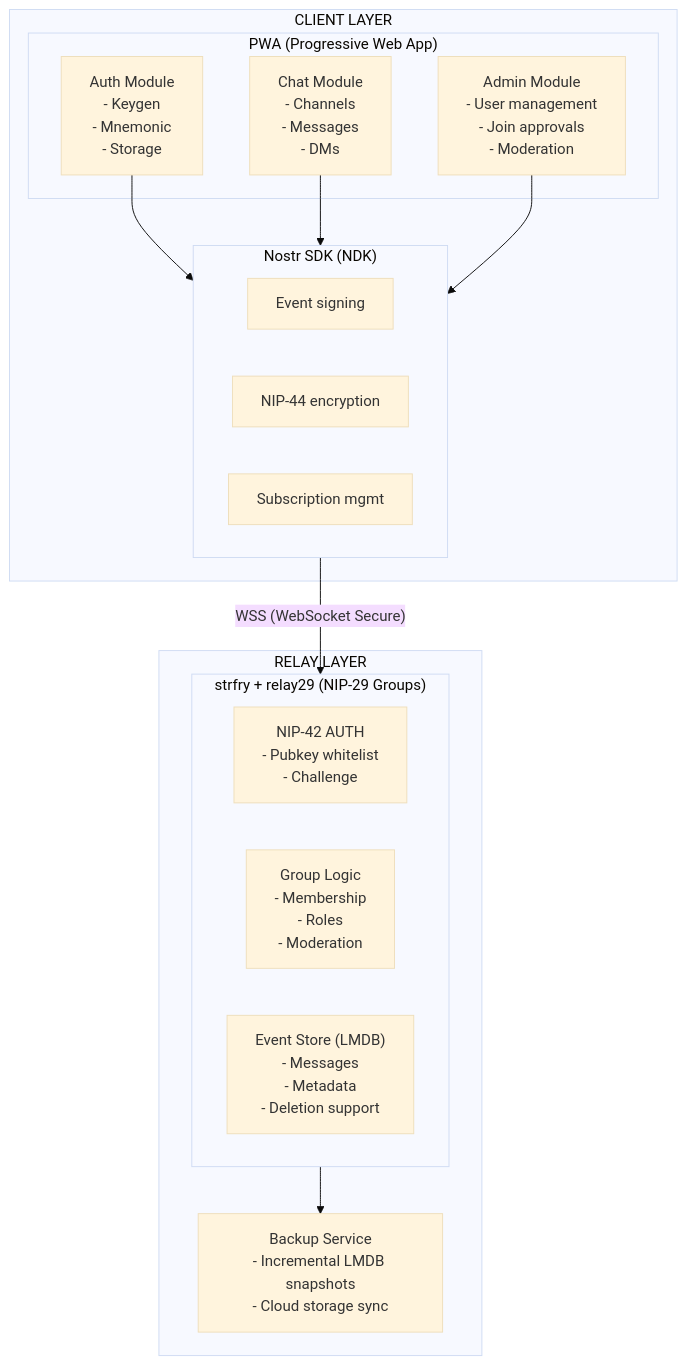
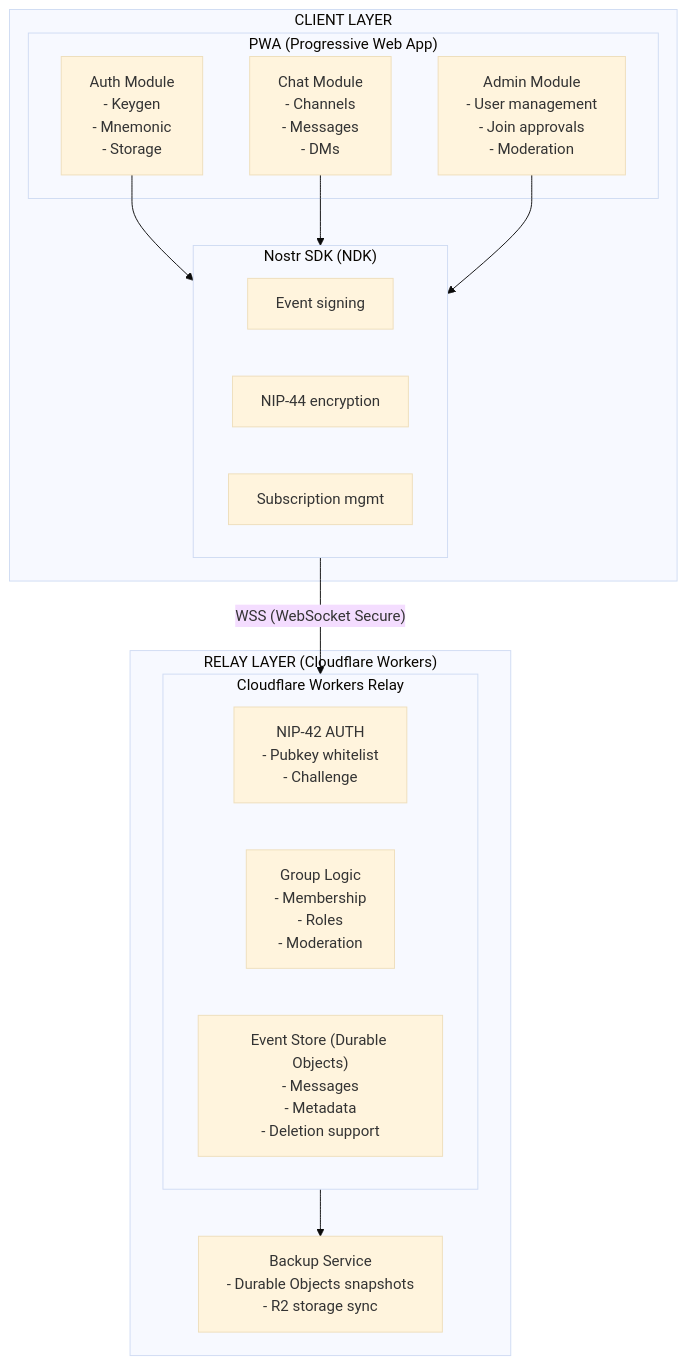
The first of 10 diagrams in docs/sparc/02-architecture.md (jjohare/minimoonoir), drawn with Mermaid (base theme) before and after one commit. The commit also changed other lines of this file and 27 other files, not shown here.

First line of the commit message:
chore: deprecate Docker architecture, update docs for serverless

````diff
--- a/docs/sparc/02-architecture.md
+++ b/docs/sparc/02-architecture.md
@@ -14,30 +14,30 @@
 ```mermaid
 graph TB
     subgraph ClientLayer["CLIENT LAYER"]
         subgraph PWA["PWA (Progressive Web App)"]
             Auth["Auth Module<br/>- Keygen<br/>- Mnemonic<br/>- Storage"]
             Chat["Chat Module<br/>- Channels<br/>- Messages<br/>- DMs"]
             Admin["Admin Module<br/>- User management<br/>- Join approvals<br/>- Moderation"]
         end
         subgraph NDK["Nostr SDK (NDK)"]
             Signing["Event signing"]
             Encryption["NIP-44 encryption"]
             Subs["Subscription mgmt"]
         end
     end
 
-    subgraph RelayLayer["RELAY LAYER"]
-        subgraph Strfry["strfry + relay29 (NIP-29 Groups)"]
+    subgraph RelayLayer["RELAY LAYER (Cloudflare Workers)"]
+        subgraph Relay["Cloudflare Workers Relay"]
             NIP42["NIP-42 AUTH<br/>- Pubkey whitelist<br/>- Challenge"]
             Groups["Group Logic<br/>- Membership<br/>- Roles<br/>- Moderation"]
-            Store["Event Store (LMDB)<br/>- Messages<br/>- Metadata<br/>- Deletion support"]
+            Store["Event Store (Durable Objects)<br/>- Messages<br/>- Metadata<br/>- Deletion support"]
         end
-        Backup["Backup Service<br/>- Incremental LMDB snapshots<br/>- Cloud storage sync"]
+        Backup["Backup Service<br/>- Durable Objects snapshots<br/>- R2 storage sync"]
     end
 
     Auth --> NDK
     Chat --> NDK
     Admin --> NDK
-    NDK -->|"WSS (WebSocket Secure)"| Strfry
-    Strfry --> Backup
+    NDK -->|"WSS (WebSocket Secure)"| Relay
+    Relay --> Backup
 ```
````
